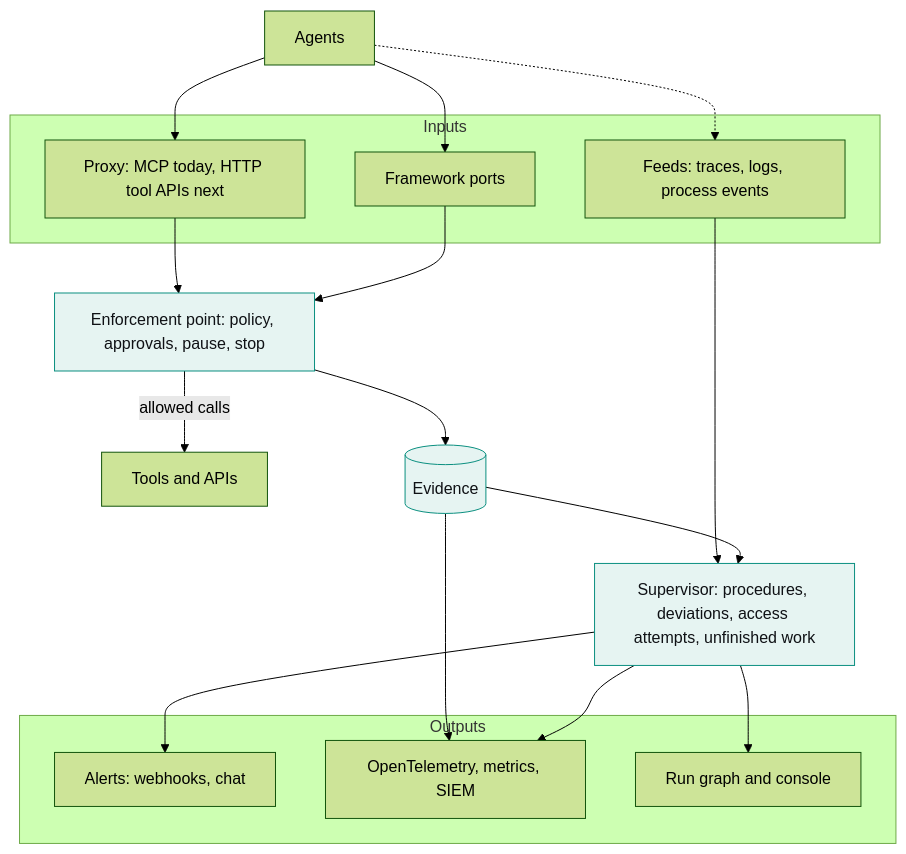
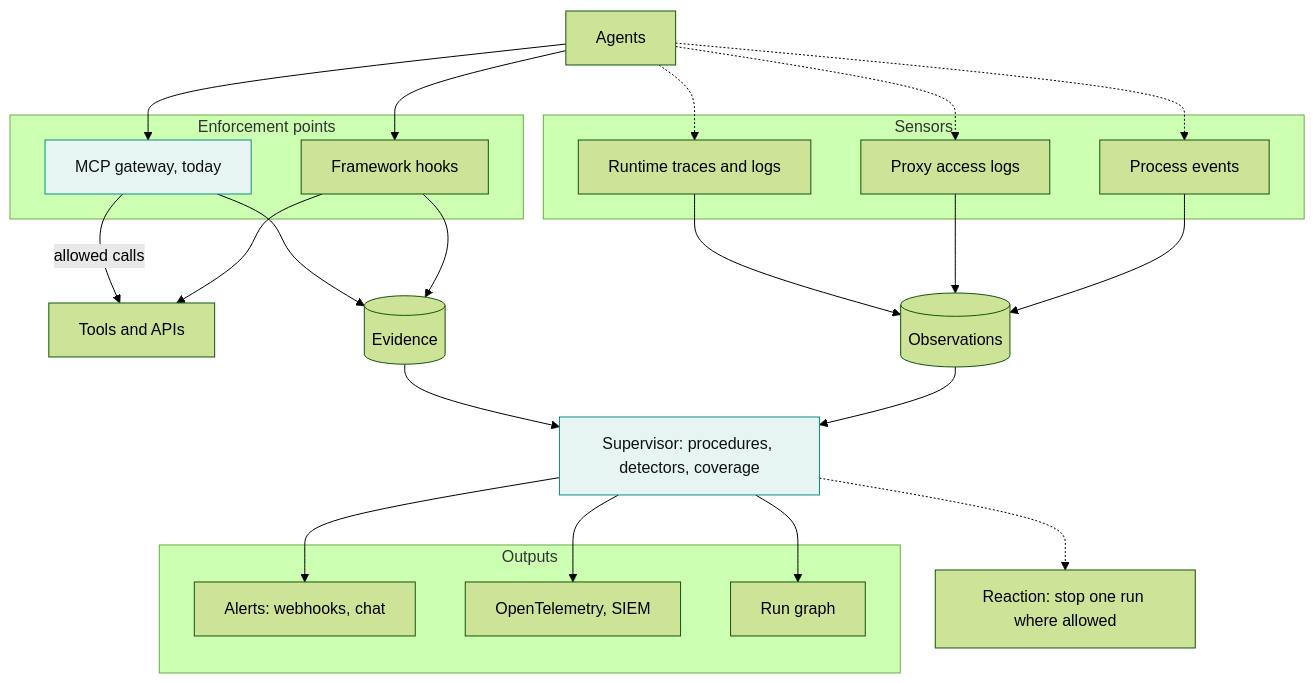
The second of 3 diagrams in README.md (guardana/control), drawn with Mermaid (forest theme) before and after one commit. The commit also changed other lines of this file and 32 other files, not shown here.

````diff
--- a/README.md
+++ b/README.md
@@ -92,35 +97,45 @@
 ```mermaid
 flowchart TB
     accTitle: Where Guardana Control is going
-    accDescr: Agents reach Control through a proxy, framework ports, and feeds of traces, logs and process events. The enforcement point decides each call, can pause or stop an agent, passes allowed calls to tools and APIs, and records evidence. A supervisor compares that evidence and the feeds with procedures and permissions, and reports through alerts, OpenTelemetry, metrics, a SIEM, and a run graph with a console.
+    accDescr: Agents act through enforcement points, the MCP gateway today and framework hooks through an enforcement API next, which decide each call before it runs and record evidence. Sensors bring in what runtimes, proxies and processes report after the fact. A supervisor compares the evidence and the observations with procedures and permissions, maps which paths it covers, and raises findings. Findings go out as alerts, to OpenTelemetry and a SIEM, and to a run graph. Where the operator allowed it, a reaction stops one run at the enforcement points.
     AG[Agents]
-    subgraph IN[Inputs]
-        PX["Proxy: MCP today, HTTP tool APIs next"]
-        PT[Framework ports]
-        FD["Feeds: traces, logs, process events"]
+    subgraph EP[Enforcement points]
+        MCP["MCP gateway, today"]
+        HK[Framework hooks]
     end
-    PEP["Enforcement point: policy, approvals, pause, stop"]
+    subgraph SN[Sensors]
+        TR[Runtime traces and logs]
+        PX[Proxy access logs]
+        PR[Process events]
+    end
     TL[Tools and APIs]
     EV[(Evidence)]
-    SV["Supervisor: procedures, deviations, access attempts, unfinished work"]
+    OB[(Observations)]
+    SV["Supervisor: procedures, detectors, coverage"]
     subgraph OUT[Outputs]
         AL["Alerts: webhooks, chat"]
-        EX["OpenTelemetry, metrics, SIEM"]
-        GR[Run graph and console]
+        EX["OpenTelemetry, SIEM"]
+        GR[Run graph]
     end
-    AG --> PX
-    AG --> PT
-    AG -.-> FD
-    PX --> PEP
-    PT --> PEP
-    PEP -->|allowed calls| TL
-    PEP --> EV
-    FD --> SV
+    RE["Reaction: stop one run where allowed"]
+    AG --> MCP
+    AG --> HK
+    MCP -->|allowed calls| TL
+    HK --> TL
+    AG -.-> TR
+    AG -.-> PX
+    AG -.-> PR
+    MCP --> EV
+    HK --> EV
+    TR --> OB
+    PX --> OB
+    PR --> OB
     EV --> SV
-    EV --> EX
+    OB --> SV
     SV --> AL
     SV --> EX
     SV --> GR
+    SV -.-> RE
     classDef accent fill:#E6F4F2,stroke:#0B8F80,color:#0F1115
-    class PEP,EV,SV accent
+    class MCP,SV accent
 ```
````
